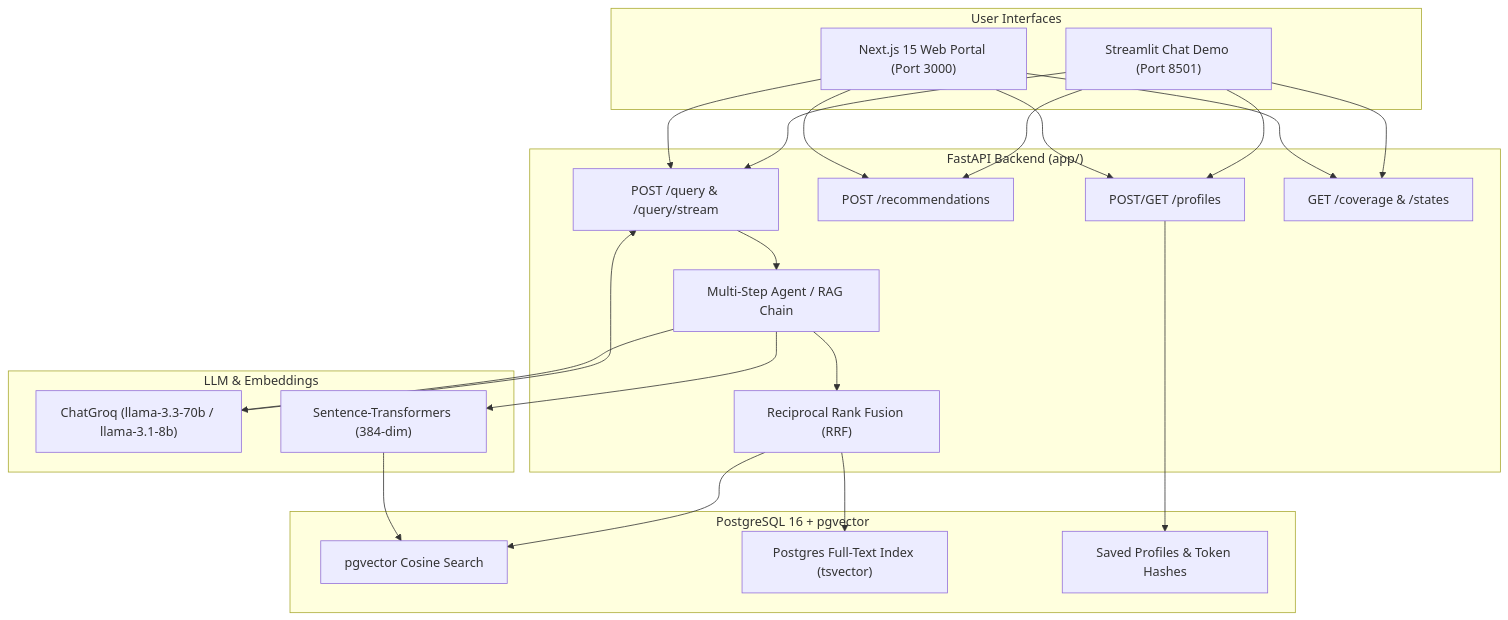
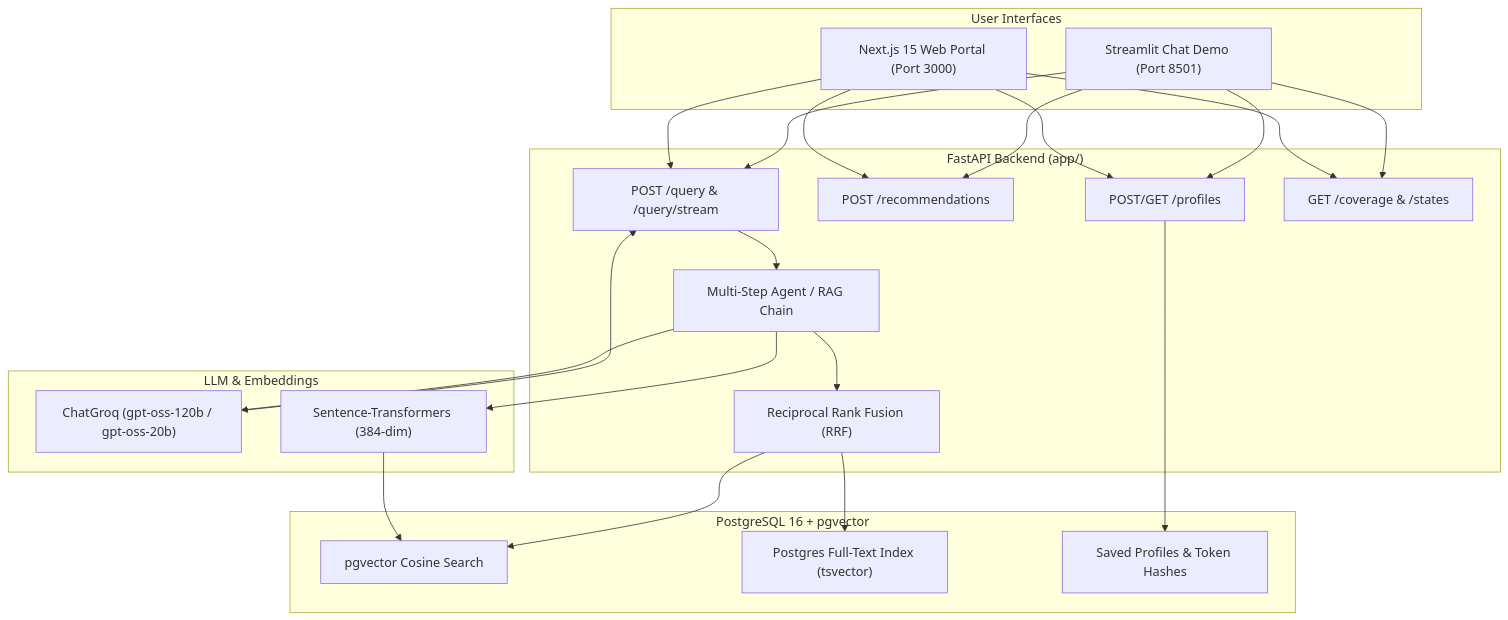
One commit to aditya0si/schemeGPT changed the diagram in README.md. Above: the diagram before and after it, drawn with Mermaid. The commit also changed other lines of this file and 105 other files, not shown here.

Commit message:
ci: add GitHub Actions (tests+data+web build), swap decommissioned Groq models for gpt-oss, fix fresh-DB reembed, add myScheme corpus fetch pipeline (Tier 0/1 WIP)

````diff
--- a/README.md
+++ b/README.md
@@ -144,39 +144,39 @@
 ```mermaid
 flowchart TD
     subgraph Clients["User Interfaces"]
         UI_Web["Next.js 15 Web Portal (Port 3000)"]
         UI_Streamlit["Streamlit Chat Demo (Port 8501)"]
     end
 
     subgraph API["FastAPI Backend (app/)"]
         EP_Query["POST /query & /query/stream"]
         EP_Rec["POST /recommendations"]
         EP_Prof["POST/GET /profiles"]
         EP_Cov["GET /coverage & /states"]
         Agent["Multi-Step Agent / RAG Chain"]
         RRF["Reciprocal Rank Fusion (RRF)"]
     end
 
     subgraph Engine["LLM & Embeddings"]
-        Groq["ChatGroq (llama-3.3-70b / llama-3.1-8b)"]
+        Groq["ChatGroq (gpt-oss-120b / gpt-oss-20b)"]
         ST["Sentence-Transformers (384-dim)"]
     end
 
     subgraph Storage["PostgreSQL 16 + pgvector"]
         VecStore["pgvector Cosine Search"]
         FTS["Postgres Full-Text Index (tsvector)"]
         ProfileDB["Saved Profiles & Token Hashes"]
     end
 
     UI_Web --> EP_Query & EP_Rec & EP_Prof & EP_Cov
     UI_Streamlit --> EP_Query & EP_Rec & EP_Prof & EP_Cov
 
     EP_Query --> Agent
     Agent --> ST
     ST --> VecStore
     Agent --> RRF
     RRF --> VecStore & FTS
     Agent --> Groq
     Groq --> EP_Query
     EP_Prof --> ProfileDB
 ```
````
